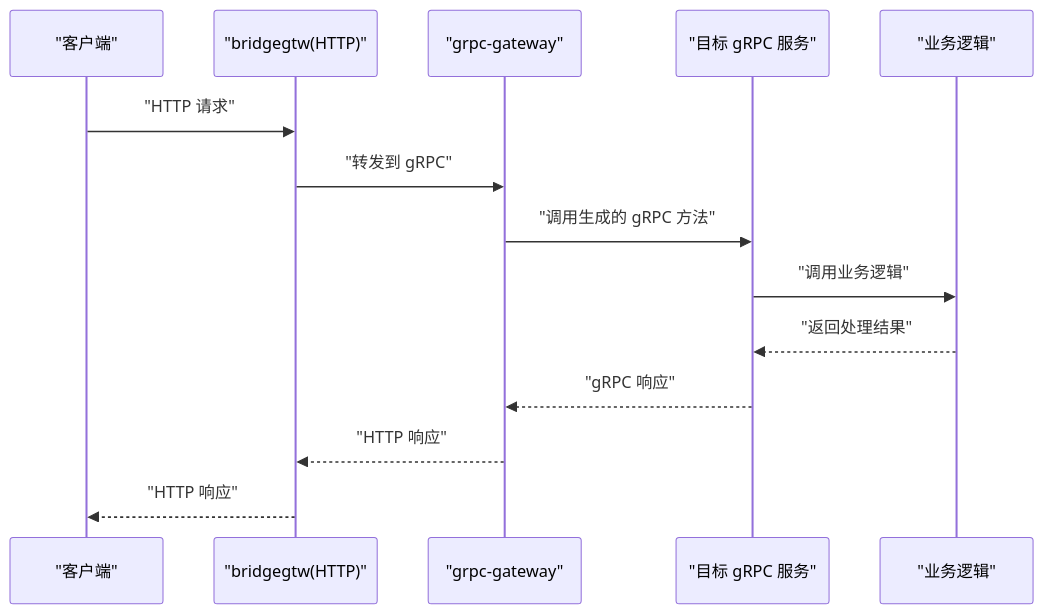
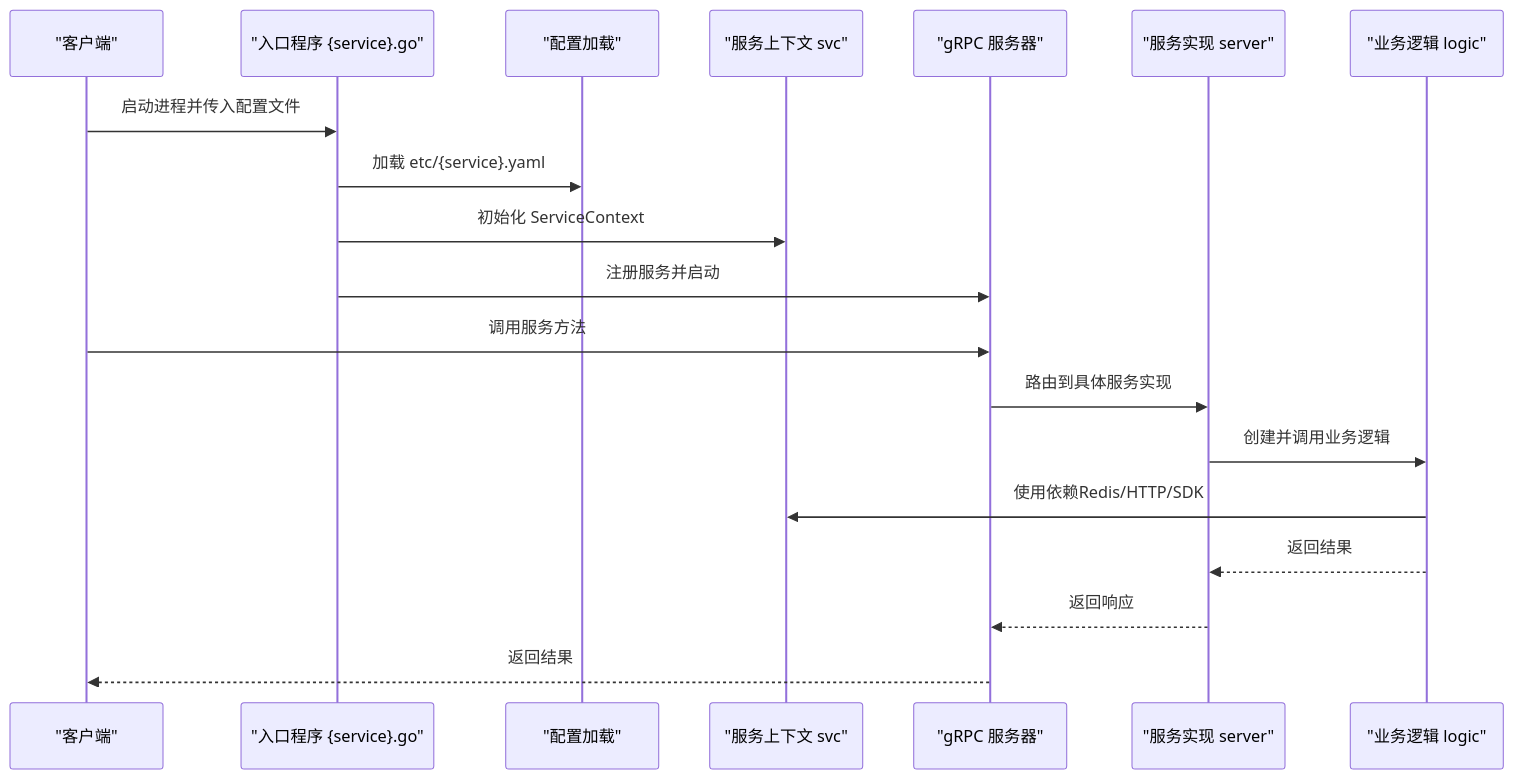
One commit to maomao94/zero-service changed the second of 4 diagrams in .qoder/repowiki/zh/content/开发指南/服务开发流程.md. Above: the diagram before and after it, drawn with Mermaid. The commit also changed other lines of this file and 362 other files, not shown here.

````diff
--- a/.qoder/repowiki/zh/content/开发指南/服务开发流程.md
+++ b/.qoder/repowiki/zh/content/开发指南/服务开发流程.md
@@ -190,16 +104,21 @@
 ```mermaid
 sequenceDiagram
 participant Client as "客户端"
-participant GW as "bridgegtw(HTTP)"
-participant GWM as "grpc-gateway"
-participant Svc as "目标 gRPC 服务"
-participant Logic as "业务逻辑"
-Client->>GW : "HTTP 请求"
-GW->>GWM : "转发到 gRPC"
-GWM->>Svc : "调用生成的 gRPC 方法"
-Svc->>Logic : "调用业务逻辑"
-Logic-->>Svc : "返回处理结果"
-Svc-->>GWM : "gRPC 响应"
-GWM-->>GW : "HTTP 响应"
-GW-->>Client : "HTTP 响应"
+participant Entry as "入口程序 {service}.go"
+participant Conf as "配置加载"
+participant Ctx as "服务上下文 svc"
+participant Grpc as "gRPC 服务器"
+participant Srv as "服务实现 server"
+participant Logic as "业务逻辑 logic"
+Client->>Entry : 启动进程并传入配置文件
+Entry->>Conf : 加载 etc/{service}.yaml
+Entry->>Ctx : 初始化 ServiceContext
+Entry->>Grpc : 注册服务并启动
+Client->>Grpc : 调用服务方法
+Grpc->>Srv : 路由到具体服务实现
+Srv->>Logic : 创建并调用业务逻辑
+Logic->>Ctx : 使用依赖Redis/HTTP/SDK
+Logic-->>Srv : 返回结果
+Srv-->>Grpc : 返回响应
+Grpc-->>Client : 返回结果
 ```
````
